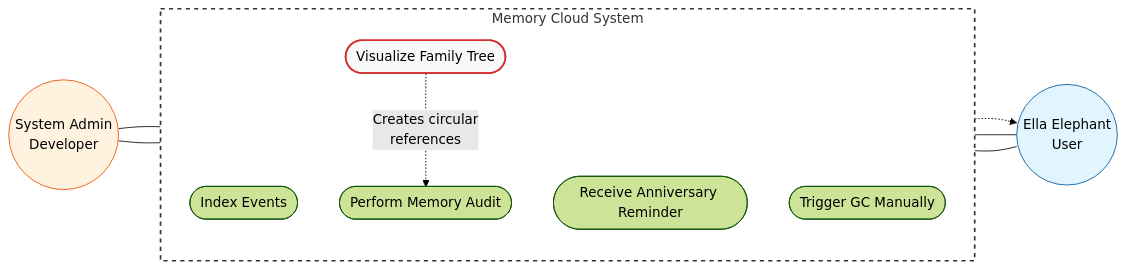
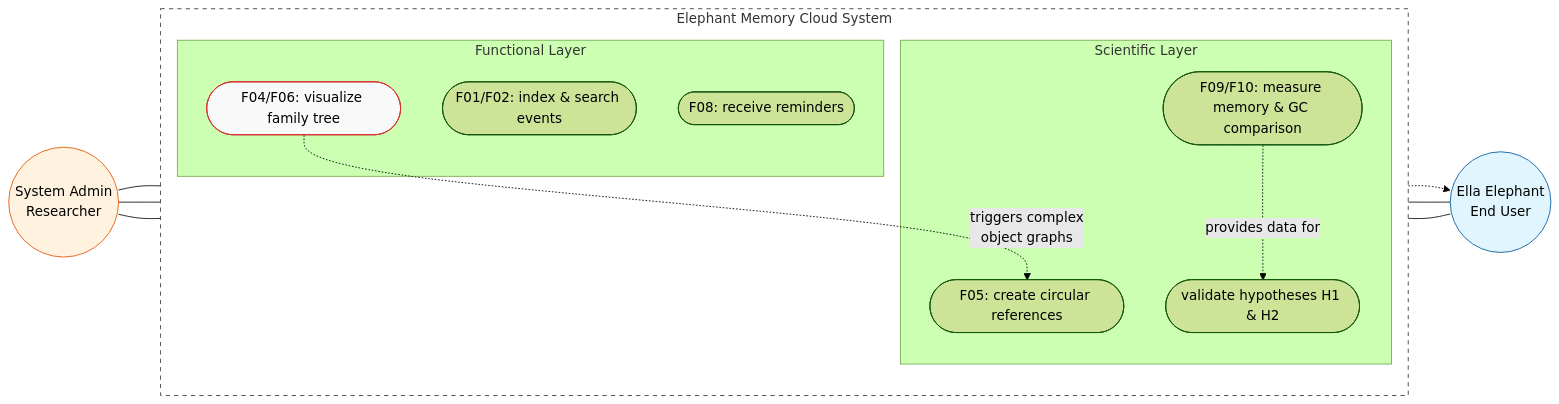
One commit to sebastianbichler/IU_2026_EF_LE_BER_VC_Python changed the diagram in src/student_projects/g07/docs/concept/diagrams/UseCaseDiagram.md. Above: the diagram before and after it, drawn with Mermaid (forest theme). The commit also changed other lines of this file and 3 other files, not shown here.

Commit message:
updated diagrams

````diff
--- a/src/student_projects/g07/docs/concept/diagrams/UseCaseDiagram.md
+++ b/src/student_projects/g07/docs/concept/diagrams/UseCaseDiagram.md
@@ -3,33 +5,43 @@
 ```mermaid
 graph LR
     %% Actors
-    Ella((Ella Elephant<br/>User))
-    Admin((System Admin<br/>Developer))
+    Ella((Ella Elephant<br/>End User))
+    Admin((System Admin<br/>Researcher))
 
     %% System Boundary
-    subgraph Memory_Cloud [Memory Cloud System]
+    subgraph Memory_Cloud [Elephant Memory Cloud System]
         direction TB
-        UC1([Index Events])
-        UC2([Visualize Family Tree])
-        UC3([Receive Anniversary Reminder])
-        UC4([Perform Memory Audit])
-        UC5([Trigger GC Manually])
+        
+        subgraph Functional_Layer [Functional Layer]
+            UC1([F01/F02: index & search events])
+            UC2([F04/F06: visualize family tree])
+            UC3([F08: receive reminders])
+        end
+        
+        subgraph Research_Layer [Scientific Layer]
+            UC4([F05: create circular references])
+            UC5([F09/F10: measure memory & GC comparison])
+            UC6([validate hypotheses H1 & H2])
+        end
     end
 
-    %% Relationships
+    %% Ella's Interactions
     Ella --- UC1
     Ella --- UC2
     UC3 -.-> Ella
-    
+
+    %% Admin Interactions
     Admin --- UC4
     Admin --- UC5
+    Admin --- UC6
 
-    %% Dependency Link
-    UC2 -.->|Creates circular<br/>references| UC4
+    %% Cross-Layer Dependencies
+    UC2 -.->|triggers complex<br/>object graphs| UC4
+    UC5 -.->|provides data for| UC6
 
     %% Styling
-    style Memory_Cloud fill:#ffffff,stroke:#333,stroke-width:2px,stroke-dasharray: 5 5
+    style Memory_Cloud fill:#ffffff,stroke:#333,stroke-dasharray: 5 5
     style Ella fill:#e1f5fe,stroke:#01579b
     style Admin fill:#fff3e0,stroke:#e65100
-    style UC2 fill:#f9f9f9,stroke:#d32f2f,stroke-width:2px
+    style UC2 fill:#f9f9f9,stroke:#d32f2f
 ```
````
